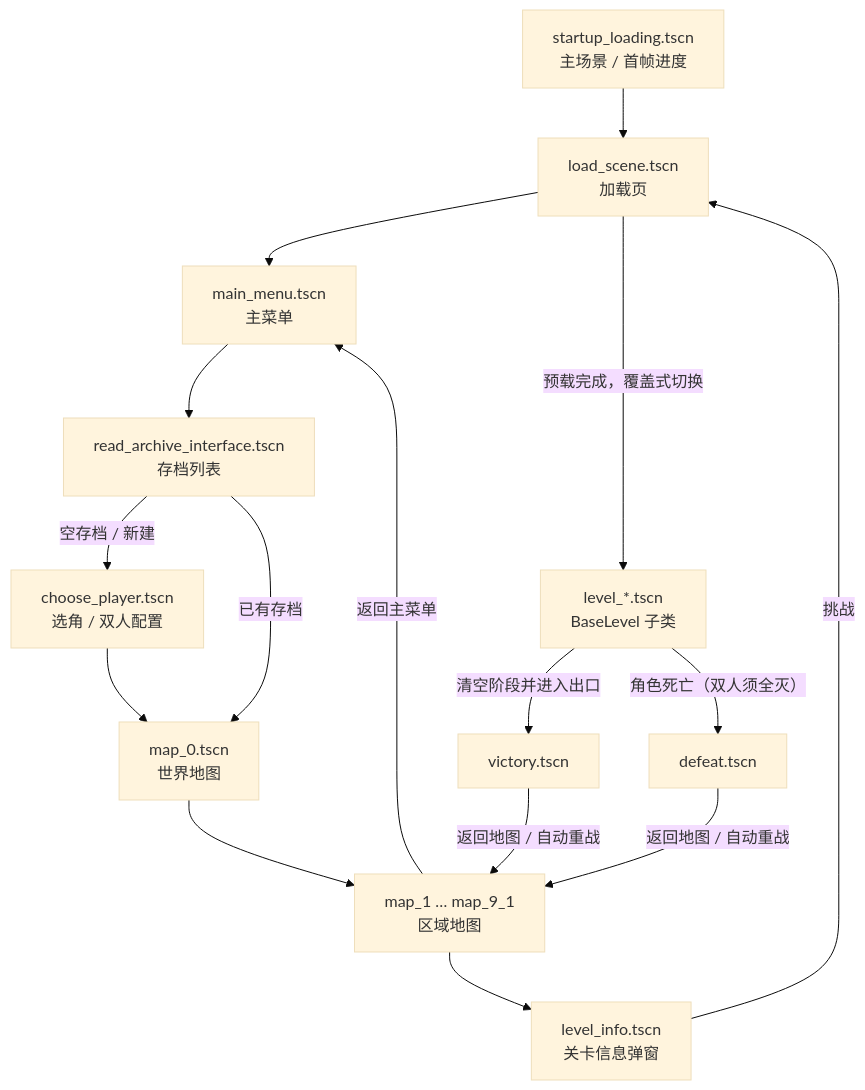
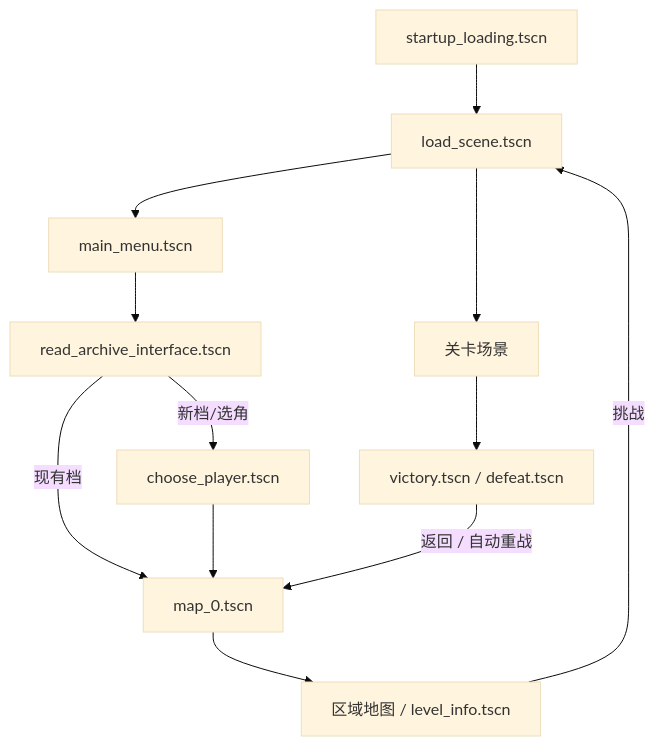
One commit to 0xnayuta/BHYH changed the diagram in docs/reference/architecture.md. Above: the diagram before and after it, drawn with Mermaid (base theme). The commit also changed other lines of this file and 50 other files, not shown here.

````diff
--- a/docs/reference/architecture.md
+++ b/docs/reference/architecture.md
@@ -140,18 +57,14 @@
 ```mermaid
 flowchart TD
-    A["startup_loading.tscn<br/>主场景 / 首帧进度"] --> A2["load_scene.tscn<br/>加载页"]
-    A2 --> B["main_menu.tscn<br/>主菜单"]
-    B --> C["read_archive_interface.tscn<br/>存档列表"]
-    C -->|"空存档 / 新建"| D["choose_player.tscn<br/>选角 / 双人配置"]
-    C -->|"已有存档"| E["map_0.tscn<br/>世界地图"]
-    D --> E
-    E --> F["map_1 … map_9_1<br/>区域地图"]
-    F --> G["level_info.tscn<br/>关卡信息弹窗"]
-    G -->|"挑战"| A2
-    A2 -->|"预载完成，覆盖式切换"| H["level_*.tscn<br/>BaseLevel 子类"]
-    H -->|"清空阶段并进入出口"| I["victory.tscn"]
-    H -->|"角色死亡（双人须全灭）"| J["defeat.tscn"]
-    I -->|"返回地图 / 自动重战"| F
-    J -->|"返回地图 / 自动重战"| F
-    F -->|"返回主菜单"| B
+    A["startup_loading.tscn"] --> B["load_scene.tscn"]
+    B --> C["main_menu.tscn"]
+    C --> D["read_archive_interface.tscn"]
+    D -->|新档/选角| E["choose_player.tscn"]
+    D -->|现有档| F["map_0.tscn"]
+    E --> F
+    F --> G["区域地图 / level_info.tscn"]
+    G -->|挑战| B
+    B --> H["关卡场景"]
+    H --> I["victory.tscn / defeat.tscn"]
+    I -->|返回 / 自动重战| F
 ```
````
